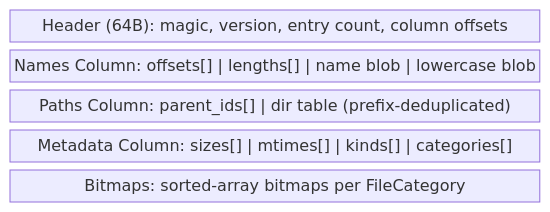
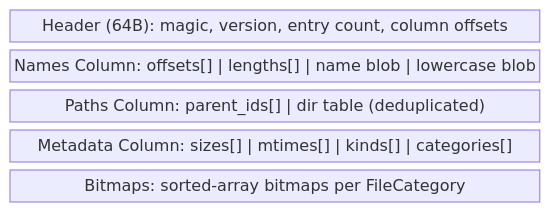
One commit to HelgeSverre/zest changed the second of 4 diagrams in README.md. Above: the diagram before and after it, drawn with Mermaid. The commit also changed other lines of this file, not shown here.

````diff
--- a/README.md
+++ b/README.md
@@ -88,9 +87,9 @@
 ```mermaid
 block-beta
     columns 1
     H["Header (64B): magic, version, entry count, column offsets"]
     N["Names Column: offsets[] | lengths[] | name blob | lowercase blob"]
-    P["Paths Column: parent_ids[] | dir table (prefix-deduplicated)"]
+    P["Paths Column: parent_ids[] | dir table (deduplicated)"]
     M["Metadata Column: sizes[] | mtimes[] | kinds[] | categories[]"]
     B["Bitmaps: sorted-array bitmaps per FileCategory"]
 ```
````
